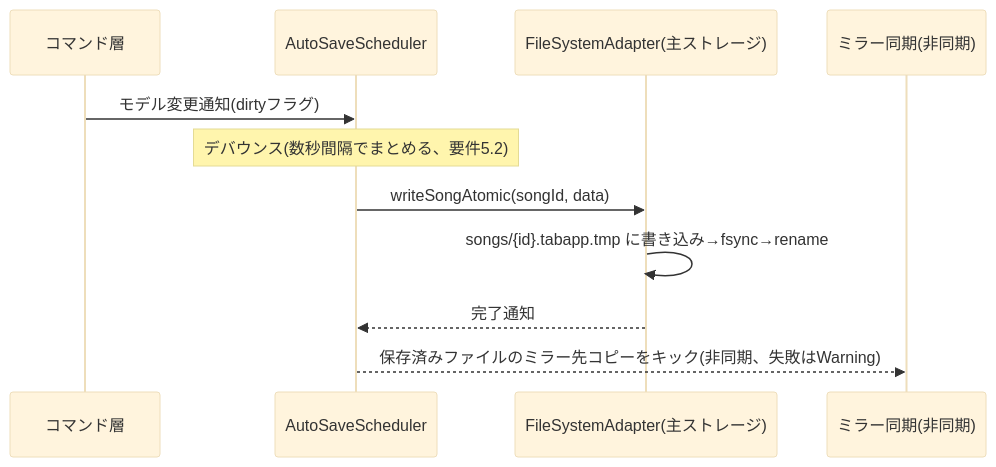
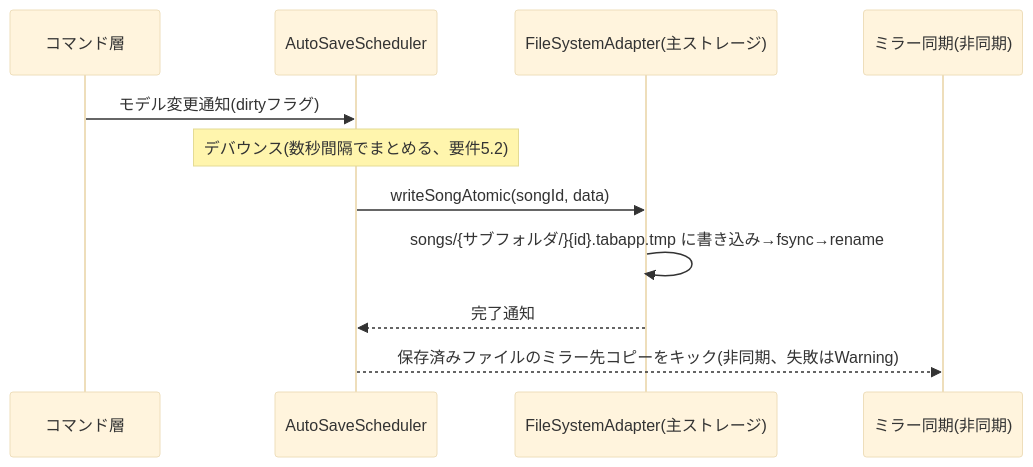
One commit to ippoooooshi/RiFF-LiNE changed the third of 3 diagrams in docs/basic_design/06_file_io_persistence.md. Above: the diagram before and after it, drawn with Mermaid (base theme). The commit also changed other lines of this file and 618 other files, not shown here.

````diff
--- a/docs/basic_design/06_file_io_persistence.md
+++ b/docs/basic_design/06_file_io_persistence.md
@@ -114,13 +126,13 @@
 ```mermaid
 sequenceDiagram
     participant CMD as コマンド層
     participant AS as AutoSaveScheduler
     participant FS as FileSystemAdapter(主ストレージ)
     participant MIRROR as ミラー同期(非同期)
     CMD->>AS: モデル変更通知(dirtyフラグ)
     Note over AS: デバウンス(数秒間隔でまとめる、要件5.2)
     AS->>FS: writeSongAtomic(songId, data)
-    FS->>FS: songs/{id}.tabapp.tmp に書き込み→fsync→rename
+    FS->>FS: songs/{サブフォルダ/}{id}.tabapp.tmp に書き込み→fsync→rename
     FS-->>AS: 完了通知
     AS-->>MIRROR: 保存済みファイルのミラー先コピーをキック(非同期、失敗はWarning)
 ```
````
